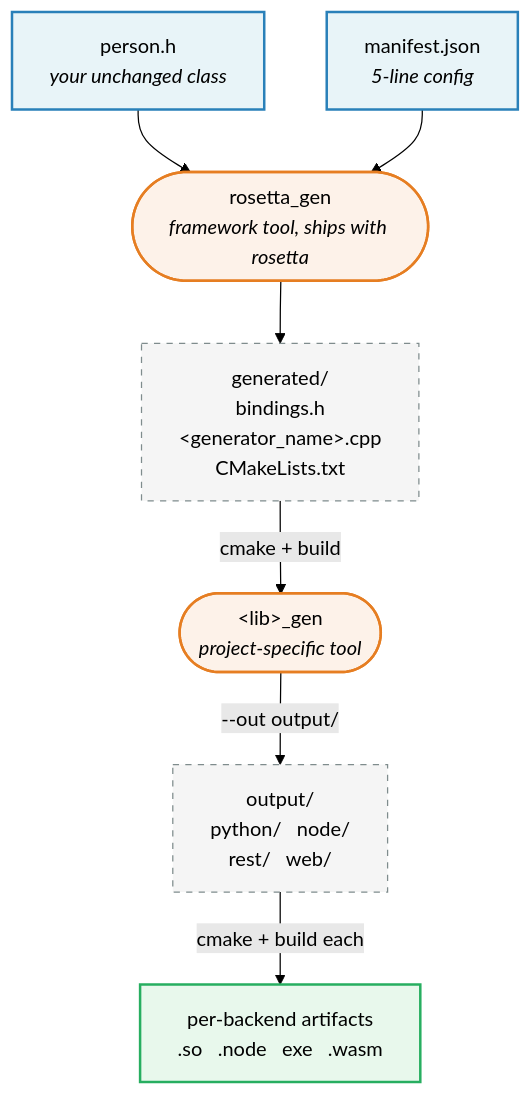
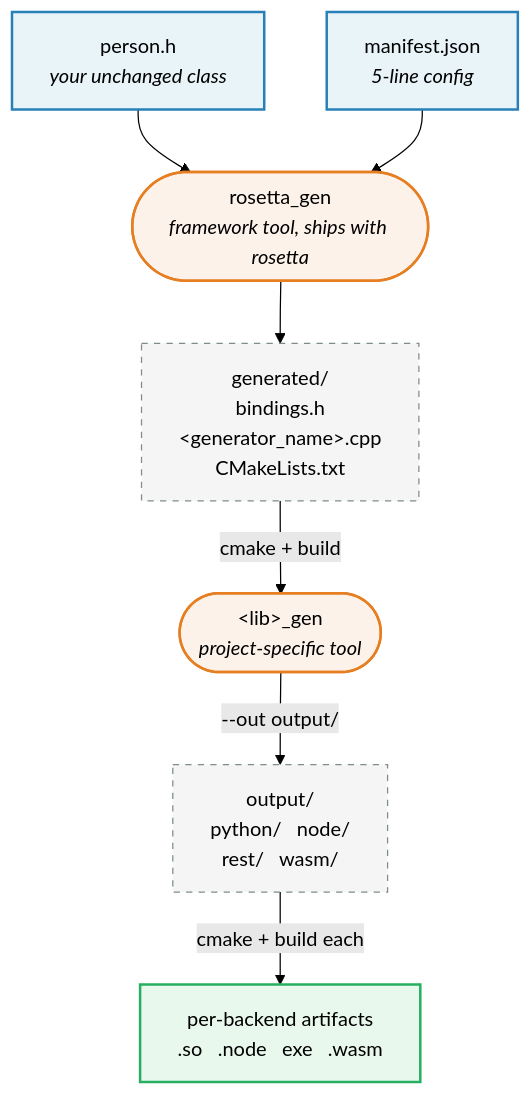
Before and after one commit to xaliphostes/rosetta: the diagram in docs/QUICKSTART.md, drawn with Mermaid (forest theme). The commit also changed other lines of this file and 13 other files, not shown here.

Commit message:
separate files for backends + rename: web -> wasm

````diff
--- a/docs/QUICKSTART.md
+++ b/docs/QUICKSTART.md
@@ -11,23 +11,23 @@
 ```mermaid
 flowchart TD
     H["person.h<br/><i>your unchanged class</i>"]:::user
     M["manifest.json<br/><i>5-line config</i>"]:::user
 
     H --> R
     M --> R
 
     R(["rosetta_gen<br/><i>framework tool, ships with rosetta</i>"]):::tool
 
     R --> G["generated/<br/>bindings.h<br/>&lt;generator_name&gt;.cpp<br/>CMakeLists.txt"]:::gen
 
     G -->|"cmake + build"| L(["&lt;lib&gt;_gen<br/><i>project-specific tool</i>"]):::tool
 
-    L -->|"--out output/"| O["output/<br/>python/ &nbsp; node/<br/>rest/ &nbsp; web/"]:::gen
+    L -->|"--out output/"| O["output/<br/>python/ &nbsp; node/<br/>rest/ &nbsp; wasm/"]:::gen
 
     O -->|"cmake + build each"| F["per-backend artifacts<br/>.so &nbsp; .node &nbsp; exe &nbsp; .wasm"]:::final
 
     classDef user  fill:#e8f4f8,stroke:#2980b9,stroke-width:2px
     classDef tool  fill:#fdf2e9,stroke:#e67e22,stroke-width:2px
     classDef gen   fill:#f5f5f5,stroke:#7f8c8d,stroke-dasharray:5 5
     classDef final fill:#e8f8ec,stroke:#27ae60,stroke-width:2px
 ```
````
